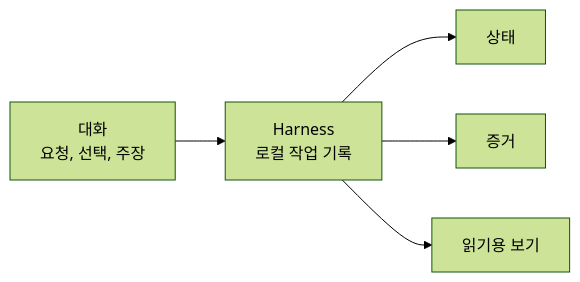
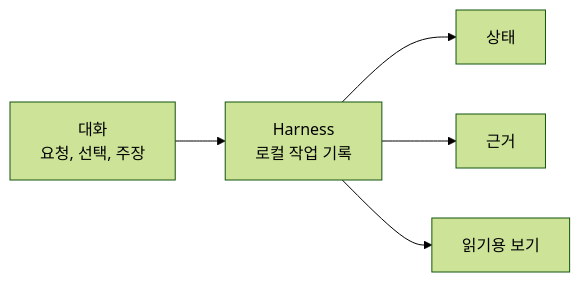
One commit to minjungw00/Harness_Project changed the diagram in docs/ko/learn/overview.md. Above: the diagram before and after it, drawn with Mermaid (forest theme). The commit also changed other lines of this file and 11 other files, not shown here.

````diff
--- a/docs/ko/learn/overview.md
+++ b/docs/ko/learn/overview.md
@@ -19,7 +23,7 @@
 ```mermaid
 flowchart LR
   Chat["대화<br/>요청, 선택, 주장"] --> Harness["Harness<br/>로컬 작업 기록"]
   Harness --> State["상태"]
-  Harness --> Evidence["증거"]
+  Harness --> Evidence["근거"]
   Harness --> Views["읽기용 보기"]
 ```
````
